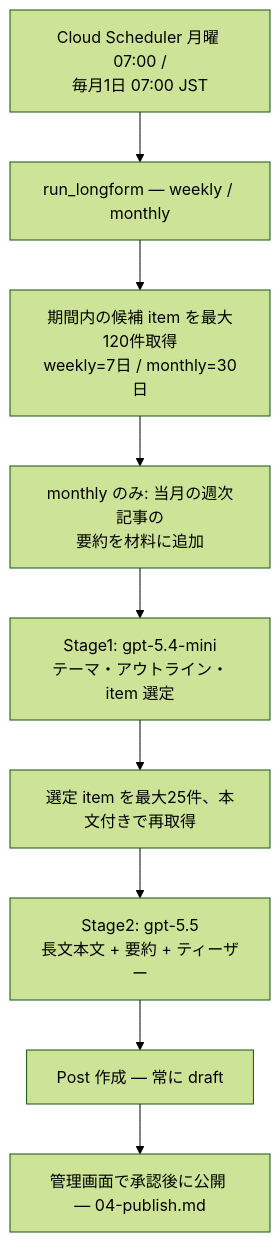
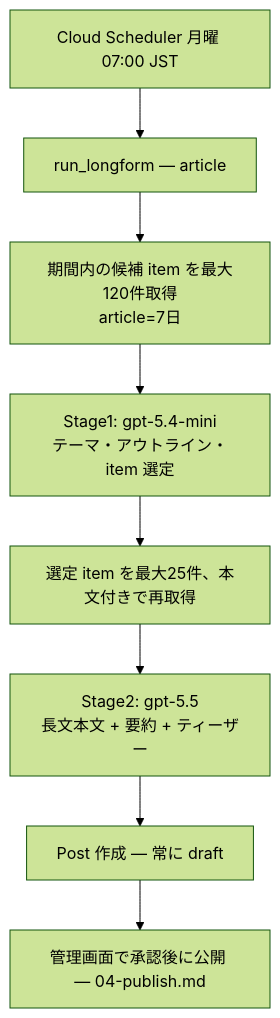
The second of 2 diagrams in docs/tech-report/05-detailed-design/03-generate.md (moc9058/trend-news-generator), drawn with Mermaid (forest theme) before and after one commit. The commit also changed other lines of this file and 65 other files, not shown here.

````diff
--- a/docs/tech-report/05-detailed-design/03-generate.md
+++ b/docs/tech-report/05-detailed-design/03-generate.md
@@ -56,11 +56,10 @@
 ```mermaid
 flowchart TD
-  A["Cloud Scheduler 月曜 07:00 /<br>毎月1日 07:00 JST"] --> B["run_longform — weekly / monthly"]
-  B --> C["期間内の候補 item を最大120件取得<br>weekly=7日 / monthly=30日"]
-  C --> D["monthly のみ: 当月の週次記事の<br>要約を材料に追加"]
-  D --> E["Stage1: gpt-5.4-mini<br>テーマ・アウトライン・item 選定"]
+  A["Cloud Scheduler 月曜 07:00 JST"] --> B["run_longform — article"]
+  B --> C["期間内の候補 item を最大120件取得<br>article=7日"]
+  C --> E["Stage1: gpt-5.4-mini<br>テーマ・アウトライン・item 選定"]
   E --> F["選定 item を最大25件、本文付きで再取得"]
   F --> G["Stage2: gpt-5.5<br>長文本文 + 要約 + ティーザー"]
   G --> H["Post 作成 — 常に draft"]
   H --> I["管理画面で承認後に公開 — 04-publish.md"]
 ```
````
